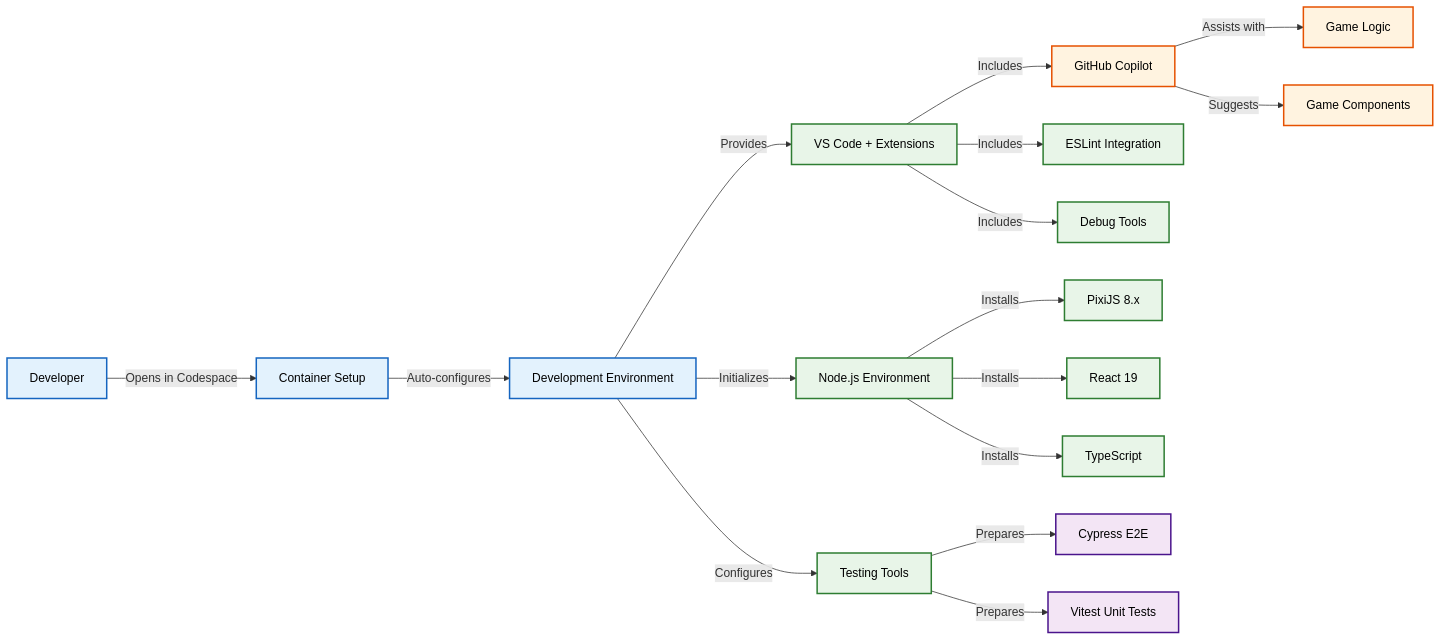
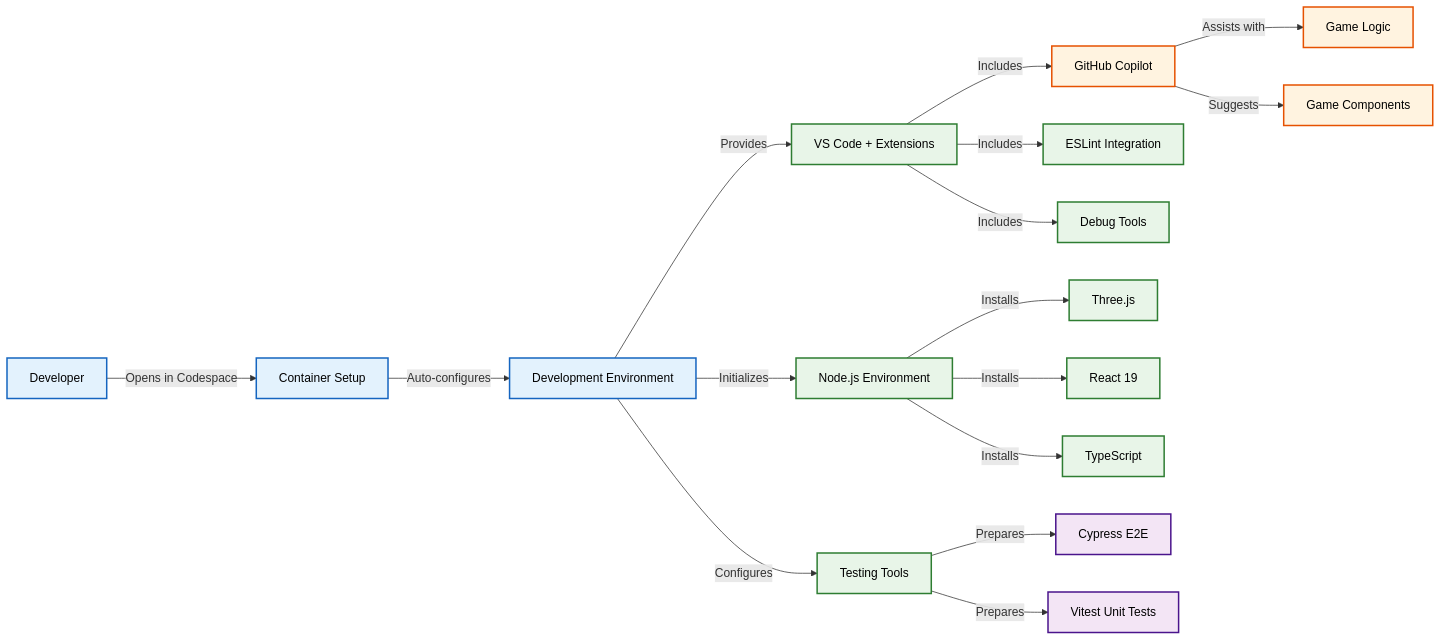
Before and after one commit to Hack23/game: the first of 7 diagrams in README.md, drawn with Mermaid. The commit also changed other lines of this file and 6 other files, not shown here.

Commit message:
Update all documentation from PixiJS to Three.js

````diff
--- a/README.md
+++ b/README.md
@@ -193,34 +195,34 @@
 ```mermaid
 graph LR
     A[Developer] -->|Opens in Codespace| B[Container Setup]
     B -->|Auto-configures| C[Development Environment]
     C -->|Provides| D[VS Code + Extensions]
     C -->|Initializes| E[Node.js Environment]
     C -->|Configures| F[Testing Tools]
 
     D -->|Includes| G[GitHub Copilot]
     D -->|Includes| H[ESLint Integration]
     D -->|Includes| I[Debug Tools]
 
-    E -->|Installs| J[PixiJS 8.x]
+    E -->|Installs| J[Three.js]
     E -->|Installs| K[React 19]
     E -->|Installs| L[TypeScript]
 
     F -->|Prepares| M[Cypress E2E]
     F -->|Prepares| N[Vitest Unit Tests]
 
     G -->|Assists with| O[Game Logic]
     G -->|Suggests| P[Game Components]
 
     classDef primary fill:#e3f2fd,stroke:#1565c0,stroke-width:2px,color:#000
     classDef tools fill:#e8f5e8,stroke:#2e7d32,stroke-width:2px,color:#000
     classDef ai fill:#fff3e0,stroke:#e65100,stroke-width:2px,color:#000
     classDef testing fill:#f3e5f5,stroke:#4a148c,stroke-width:2px,color:#000
 
     class A,B,C primary
     class D,E,F tools
     class G,O,P ai
     class M,N testing
     class J,K,L tools
     class H,I tools
 ```
````
